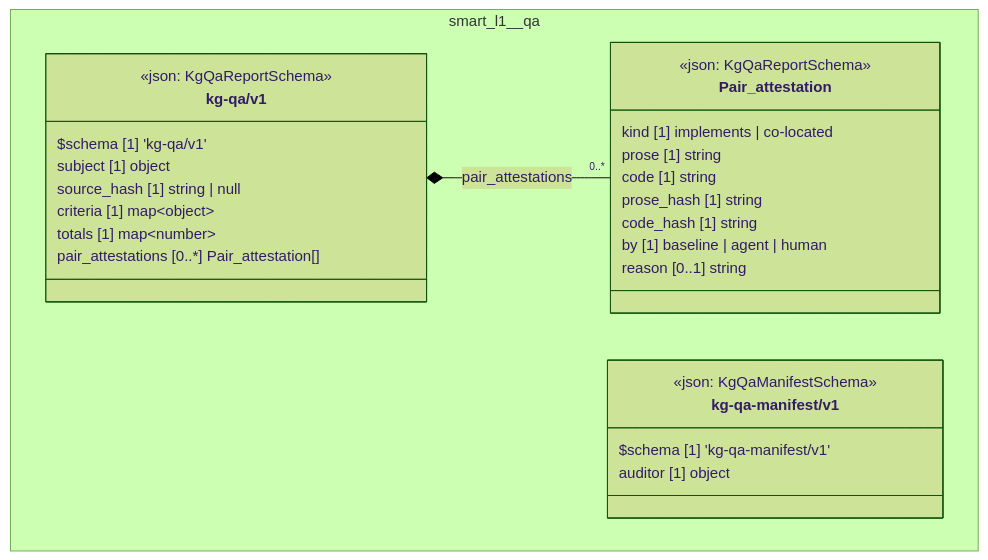
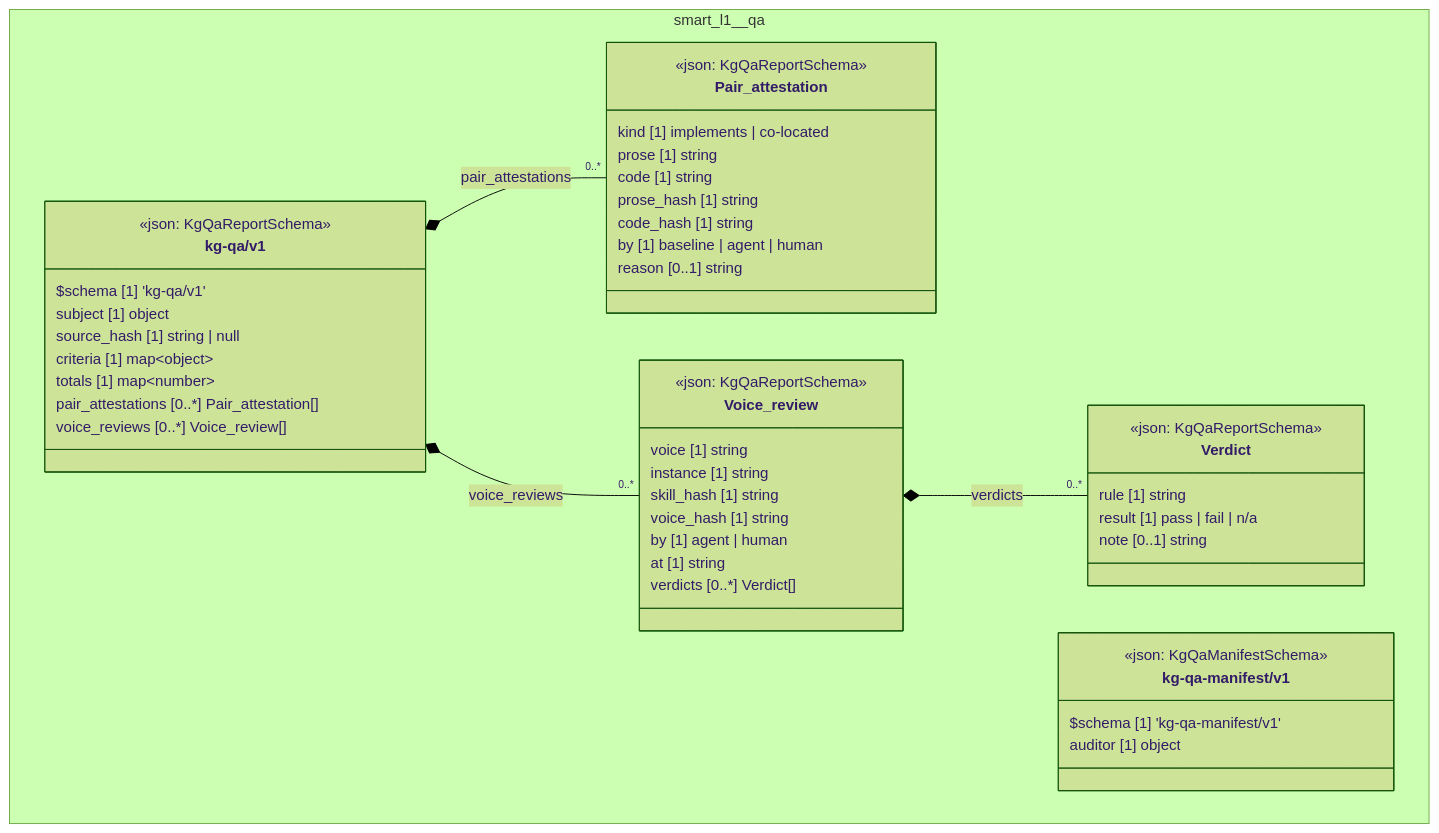
One commit to litlfred/folio-assistant changed the diagram in cat-harness/docs/uml/overview/smart-l1.md. Above: the diagram before and after it, drawn with Mermaid (forest theme). The commit also changed 573 other files, not shown here.

First line of the commit message:
rkqp: agentic review axis for skills against the skill voices

````diff
--- a/cat-harness/docs/uml/overview/smart-l1.md
+++ b/cat-harness/docs/uml/overview/smart-l1.md
@@ -42,34 +42,55 @@
 ```mermaid
 classDiagram
   direction TB
   namespace smart_l1__qa {
     class smart_l1_qa_kg_qa_v1_Pair_attestation["Pair_attestation"] {
       <<json: KgQaReportSchema>>
       kind [1] implements | co-located
       prose [1] string
       code [1] string
       prose_hash [1] string
       code_hash [1] string
       by [1] baseline | agent | human
       reason [0..1] string
     }
+    class smart_l1_qa_kg_qa_v1_Verdict["Verdict"] {
+      <<json: KgQaReportSchema>>
+      rule [1] string
+      result [1] pass | fail | n/a
+      note [0..1] string
+    }
+    class smart_l1_qa_kg_qa_v1_Voice_review["Voice_review"] {
+      <<json: KgQaReportSchema>>
+      voice [1] string
+      instance [1] string
+      skill_hash [1] string
+      voice_hash [1] string
+      by [1] agent | human
+      at [1] string
+      verdicts [0..*] Verdict[]
+    }
     class smart_l1_qa_kg_qa_v1_kg_qa_v1["kg-qa/v1"] {
       <<json: KgQaReportSchema>>
       $schema [1] 'kg-qa/v1'
       subject [1] object
       source_hash [1] string | null
       criteria [1] map~object~
       totals [1] map~number~
       pair_attestations [0..*] Pair_attestation[]
+      voice_reviews [0..*] Voice_review[]
     }
     class smart_l1_qa_kg_qa_manifest_v1_kg_qa_manifest_v1["kg-qa-manifest/v1"] {
       <<json: KgQaManifestSchema>>
       $schema [1] 'kg-qa-manifest/v1'
       auditor [1] object
     }
   }
   smart_l1_qa_kg_qa_v1_kg_qa_v1 *-- "0..*" smart_l1_qa_kg_qa_v1_Pair_attestation : pair_attestations
+  smart_l1_qa_kg_qa_v1_Voice_review *-- "0..*" smart_l1_qa_kg_qa_v1_Verdict : verdicts
+  smart_l1_qa_kg_qa_v1_kg_qa_v1 *-- "0..*" smart_l1_qa_kg_qa_v1_Voice_review : voice_reviews
   cssClass "smart_l1_qa_kg_qa_v1_Pair_attestation" fa_uml_kind_qa
+  cssClass "smart_l1_qa_kg_qa_v1_Verdict" fa_uml_kind_qa
+  cssClass "smart_l1_qa_kg_qa_v1_Voice_review" fa_uml_kind_qa
   cssClass "smart_l1_qa_kg_qa_v1_kg_qa_v1" fa_uml_kind_qa
   cssClass "smart_l1_qa_kg_qa_manifest_v1_kg_qa_manifest_v1" fa_uml_kind_qa
 ```
````
